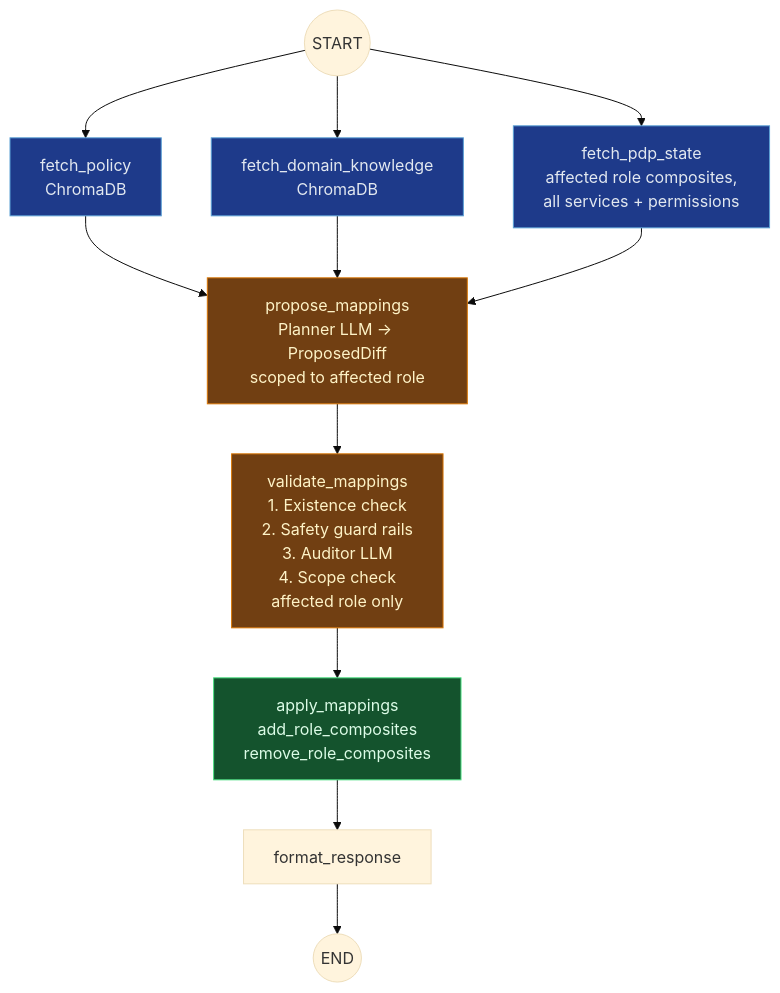
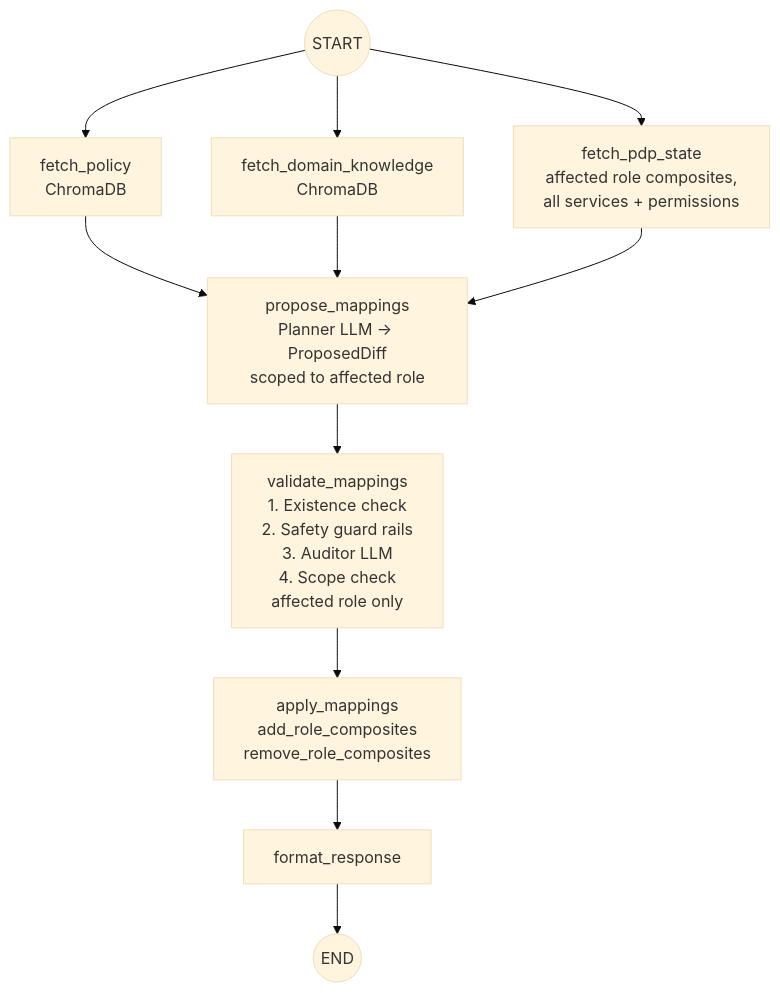
Before and after one commit to rossoctl/aiac: the second of 2 diagrams in inception/requirements/components/aiac-agent/uc3-role-update.md, drawn with Mermaid (base theme). The commit also changed 3 other files, not shown here.

First line of the commit message:
docs: Remove mermaid element styles from aiac-agent requirement docs

````diff
--- a/inception/requirements/components/aiac-agent/uc3-role-update.md
+++ b/inception/requirements/components/aiac-agent/uc3-role-update.md
@@ -70,23 +70,16 @@
 ```mermaid
 flowchart TD
     START(("START"))
 
     START --> FP["fetch_policy\nChromaDB"]
     START --> FDK["fetch_domain_knowledge\nChromaDB"]
     START --> FKC["fetch_pdp_state\naffected role composites,\nall services + permissions"]
 
     FP & FDK & FKC --> PROPOSE["propose_mappings\nPlanner LLM -> ProposedDiff\nscoped to affected role"]
 
     PROPOSE --> VALIDATE["validate_mappings\n1. Existence check\n2. Safety guard rails\n3. Auditor LLM\n4. Scope check\n   affected role only"]
 
     VALIDATE --> APPLY["apply_mappings\nadd_role_composites\nremove_role_composites"]
     APPLY --> FORMAT["format_response"]
     FORMAT --> END(("END"))
-
-    style FP fill:#1e3a8a,color:#e2e8f0,stroke:#5a9fd4
-    style FDK fill:#1e3a8a,color:#e2e8f0,stroke:#5a9fd4
-    style FKC fill:#1e3a8a,color:#e2e8f0,stroke:#5a9fd4
-    style PROPOSE fill:#713f12,color:#fef3c7,stroke:#d97706
-    style VALIDATE fill:#713f12,color:#fef3c7,stroke:#d97706
-    style APPLY fill:#14532d,color:#dcfce7,stroke:#4ade80
 ```
````
